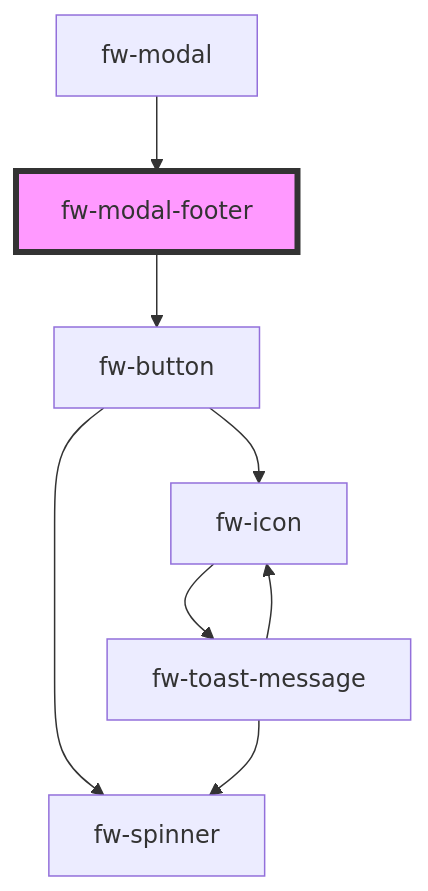
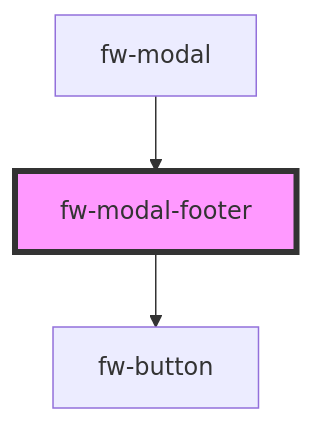
The diagram in packages/crayons-core/src/components/modal-footer/readme.md (freshworks/crayons), drawn with Mermaid before and after one commit. The commit also changed 18 other files, not shown here.

````diff
--- a/packages/crayons-core/src/components/modal-footer/readme.md
+++ b/packages/crayons-core/src/components/modal-footer/readme.md
@@ -30,11 +30,6 @@
 ```mermaid
 graph TD;
   fw-modal-footer --> fw-button
-  fw-button --> fw-spinner
-  fw-button --> fw-icon
-  fw-icon --> fw-toast-message
-  fw-toast-message --> fw-spinner
-  fw-toast-message --> fw-icon
   fw-modal --> fw-modal-footer
   style fw-modal-footer fill:#f9f,stroke:#333,stroke-width:4px
 ```
````
